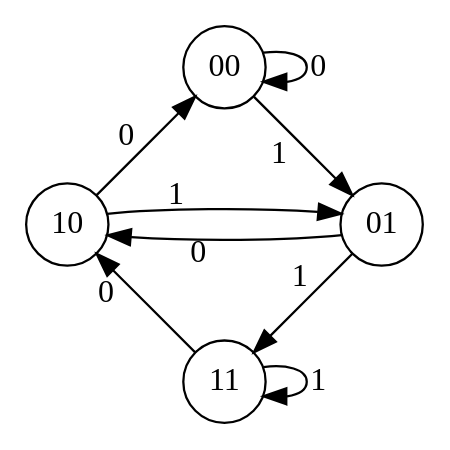
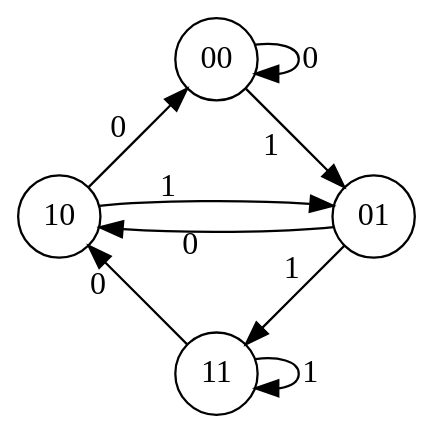
Before and after one commit to eldipa/book-of-gehn: the second of 2 diagrams in posts/math/2021-02-15-Necklaces-Lyndon-Words-and-De-Bruijn-Sequences.md, drawn with Graphviz. The commit also changed other lines of this file and 14 other files, not shown here.

````diff
--- a/posts/math/2021-02-15-Necklaces-Lyndon-Words-and-De-Bruijn-Sequences.md
+++ b/posts/math/2021-02-15-Necklaces-Lyndon-Words-and-De-Bruijn-Sequences.md
@@ -268,17 +269,18 @@
 ```dot
 digraph G {
+    bgcolor="transparent";
     layout = circo;
     node [shape = circle, margin = 0];
 
     11 -> 10 [label="0    "];
     10 -> 00 [label="0"];
     00 -> 01 [label="1 "];
     01 -> 11 [label="1"];
 
     01 -> 10 [label="    0  "];
     10 -> 01 [label="   1  "];
 
     00 -> 00 [label="0"];
     11 -> 11 [label="1"];
 }
 ```
````
